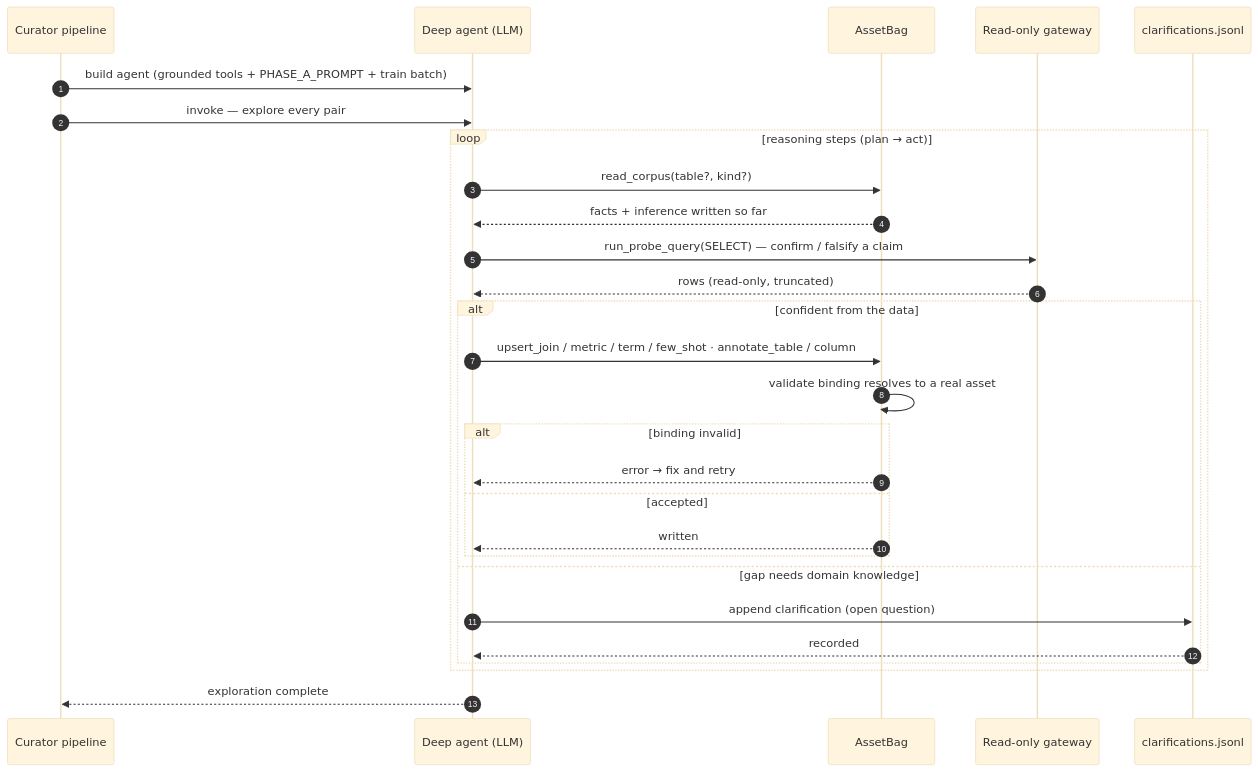
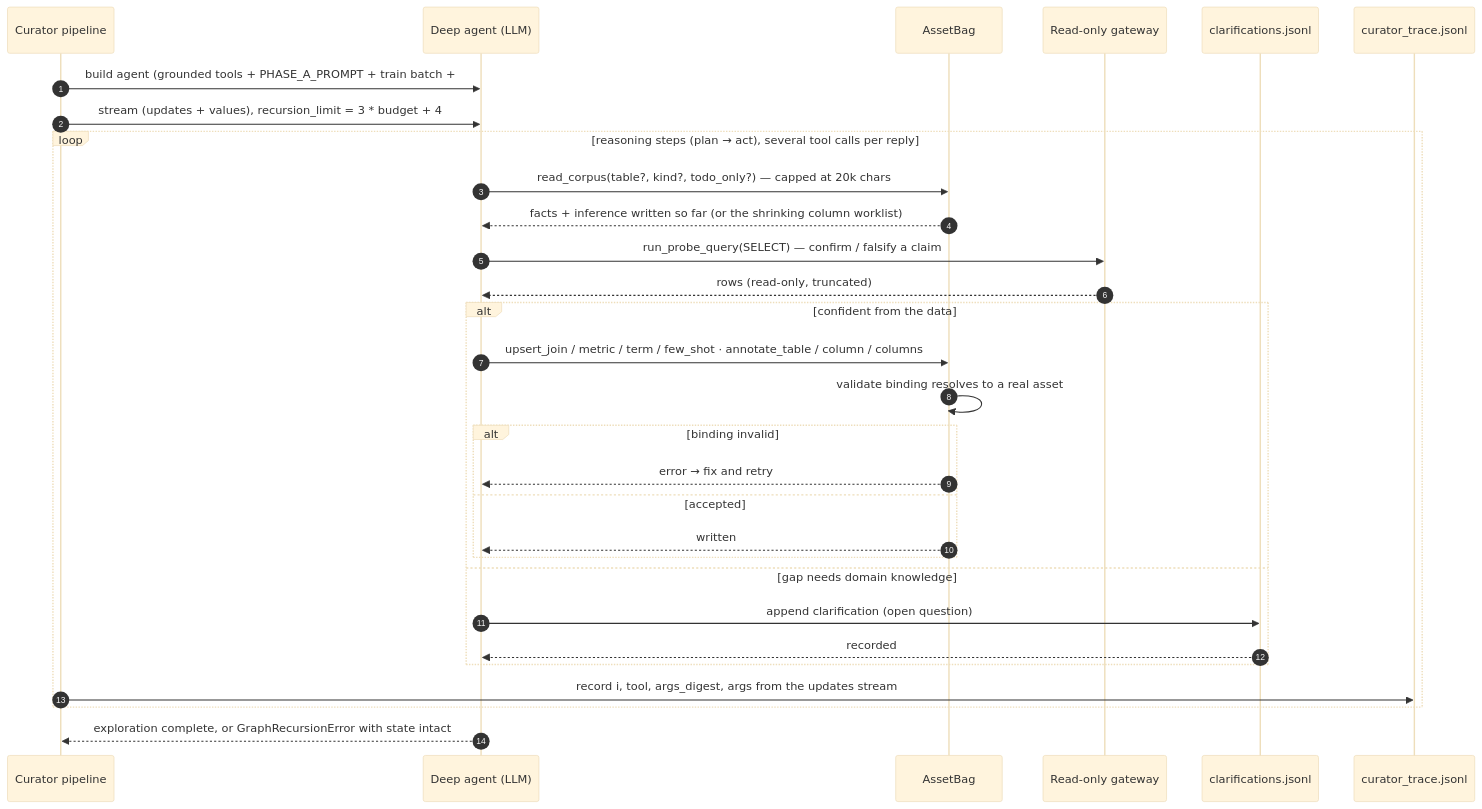
One commit to Minhao-Zhang/governed-bi changed the fourth of 6 diagrams in docs/curator-sequence.md. Above: the diagram before and after it, drawn with Mermaid (base theme). The commit also changed other lines of this file and 25 other files, not shown here.

First line of the commit message:
fix(curator): the step budget that cost 30 of 57 schemas, and the blindness that hid why

````diff
--- a/docs/curator-sequence.md
+++ b/docs/curator-sequence.md
@@ -108,31 +120,33 @@
 ```mermaid
 sequenceDiagram
     autonumber
     participant P as Curator pipeline
     participant AG as Deep agent (LLM)
     participant BAG as AssetBag
     participant DB as Read-only gateway
     participant FS as clarifications.jsonl
+    participant TR as curator_trace.jsonl
 
-    P->>AG: build agent (grounded tools + PHASE_A_PROMPT + train batch)
-    P->>AG: invoke — explore every pair
-    loop reasoning steps (plan → act)
-        AG->>BAG: read_corpus(table?, kind?)
-        BAG-->>AG: facts + inference written so far
+    P->>AG: build agent (grounded tools + PHASE_A_PROMPT + train batch + ## Budget)
+    P->>AG: stream (updates + values), recursion_limit = 3 * budget + 4
+    loop reasoning steps (plan → act), several tool calls per reply
+        AG->>BAG: read_corpus(table?, kind?, todo_only?) — capped at 20k chars
+        BAG-->>AG: facts + inference written so far (or the shrinking column worklist)
         AG->>DB: run_probe_query(SELECT) — confirm / falsify a claim
         DB-->>AG: rows (read-only, truncated)
         alt confident from the data
-            AG->>BAG: upsert_join / metric / term / few_shot · annotate_table / column
+            AG->>BAG: upsert_join / metric / term / few_shot · annotate_table / column / columns
             BAG->>BAG: validate binding resolves to a real asset
             alt binding invalid
                 BAG-->>AG: error → fix and retry
             else accepted
                 BAG-->>AG: written
             end
         else gap needs domain knowledge
             AG->>FS: append clarification (open question)
             FS-->>AG: recorded
         end
+        P->>TR: record i, tool, args_digest, args from the updates stream
     end
-    AG-->>P: exploration complete
+    AG-->>P: exploration complete, or GraphRecursionError with state intact
 ```
````
